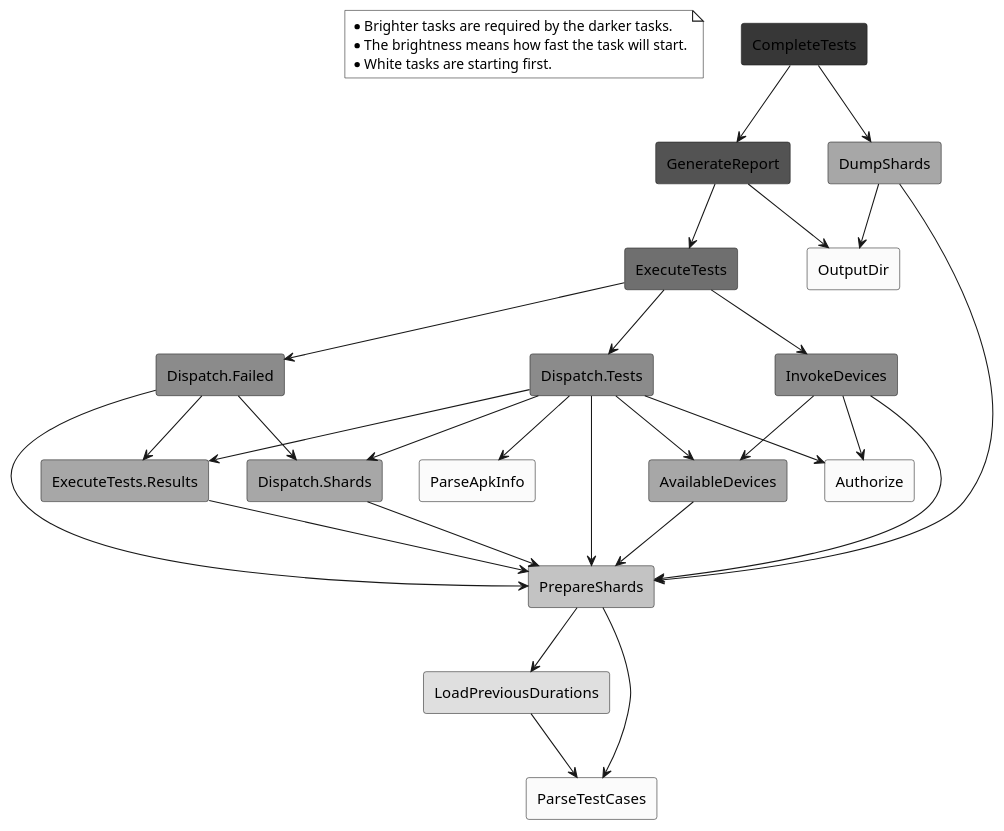
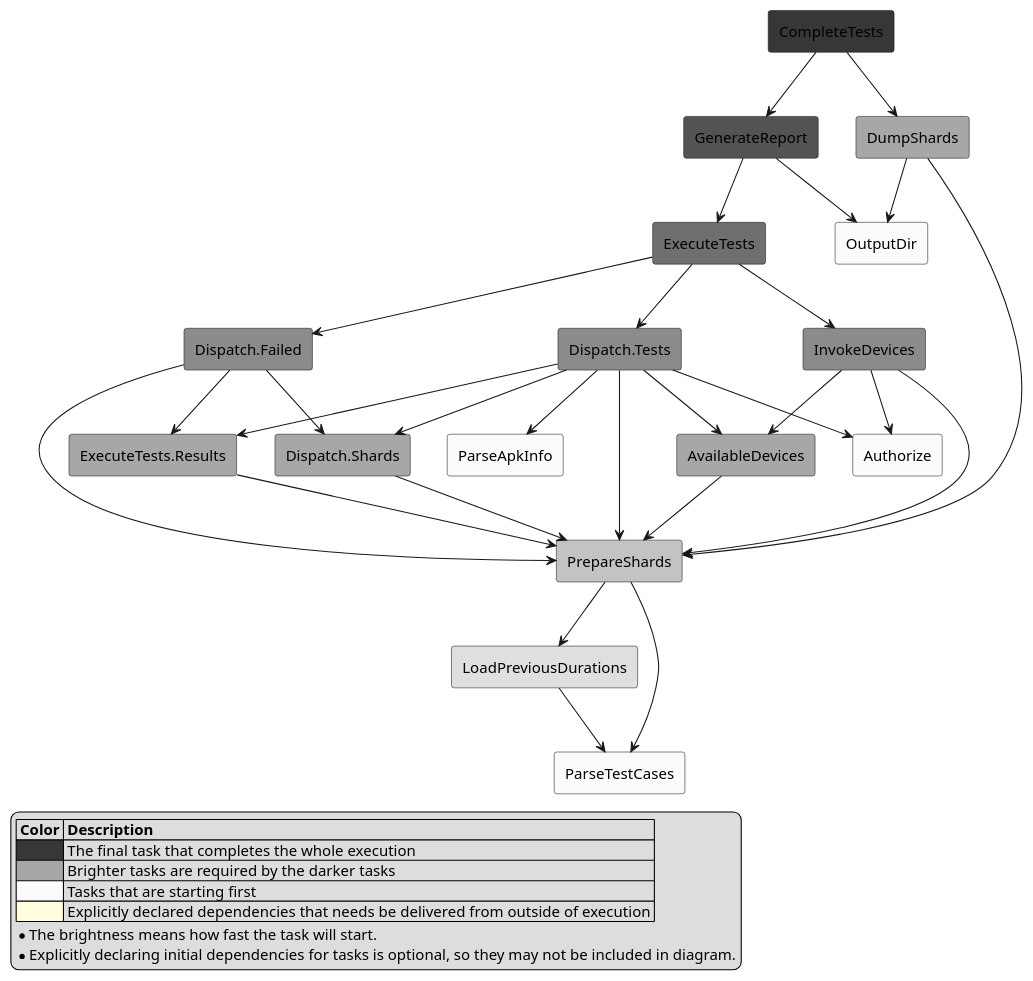
Before and after one commit to Flank/flank: the diagram in corellium/domain/TestAndroid-execute.puml, drawn with PlantUML. The commit also changed 8 other files, not shown here.

Commit message:
Generate additional diagram for sub-execution on device.

```diff
--- a/corellium/domain/TestAndroid-execute.puml
+++ b/corellium/domain/TestAndroid-execute.puml
@@ -1,56 +1,60 @@
 @startuml
 
 skinparam componentStyle rectangle
 
-note as N #ffffff
-* Brighter tasks are required by the darker tasks.
-* The brightness means how fast the task will start.
-* White tasks are starting first.
-end note
+legend left
+  |= Color |= Description |
+  |<#373737>| The final task that completes the whole execution |
+  |<#a7a7a7>| Brighter tasks are required by the darker tasks |
+  |<#fbfbfb>| Tasks that are starting first |
+  |<#LightYellow>| Explicitly declared dependencies that needs be delivered from outside of execution |
+  * The brightness means how fast the task will start.
+  * Explicitly declaring initial dependencies for tasks is optional, so they may not be included in diagram.
+end legend
 
 [Authorize] #fbfbfb
 [OutputDir] #fbfbfb
 [ParseApkInfo] #fbfbfb
 [ParseTestCases] #fbfbfb
 [LoadPreviousDurations] #dfdfdf
 [PrepareShards] #c3c3c3
 [Dispatch.Shards] #a7a7a7
 [DumpShards] #a7a7a7
 [ExecuteTests.Results] #a7a7a7
 [AvailableDevices] #a7a7a7
 [Dispatch.Tests] #8b8b8b
 [Dispatch.Failed] #8b8b8b
 [InvokeDevices] #8b8b8b
 [ExecuteTests] #6f6f6f
 [GenerateReport] #535353
 [CompleteTests] #373737
 
 [Dispatch.Shards] --> [PrepareShards]
 [Dispatch.Tests] --> [ParseApkInfo]
 [Dispatch.Tests] --> [Authorize]
 [Dispatch.Tests] --> [PrepareShards]
 [Dispatch.Tests] --> [AvailableDevices]
 [Dispatch.Tests] --> [Dispatch.Shards]
 [Dispatch.Tests] --> [ExecuteTests.Results]
 [Dispatch.Failed] --> [PrepareShards]
 [Dispatch.Failed] --> [Dispatch.Shards]
 [Dispatch.Failed] --> [ExecuteTests.Results]
 [DumpShards] --> [PrepareShards]
 [DumpShards] --> [OutputDir]
 [ExecuteTests] --> [InvokeDevices]
 [ExecuteTests] --> [Dispatch.Tests]
 [ExecuteTests] --> [Dispatch.Failed]
 [CompleteTests] --> [GenerateReport]
 [CompleteTests] --> [DumpShards]
 [GenerateReport] --> [ExecuteTests]
 [GenerateReport] --> [OutputDir]
 [ExecuteTests.Results] --> [PrepareShards]
 [AvailableDevices] --> [PrepareShards]
 [InvokeDevices] --> [Authorize]
 [InvokeDevices] --> [PrepareShards]
 [InvokeDevices] --> [AvailableDevices]
 [LoadPreviousDurations] --> [ParseTestCases]
 [PrepareShards] --> [ParseTestCases]
 [PrepareShards] --> [LoadPreviousDurations]
 
 @enduml
```
